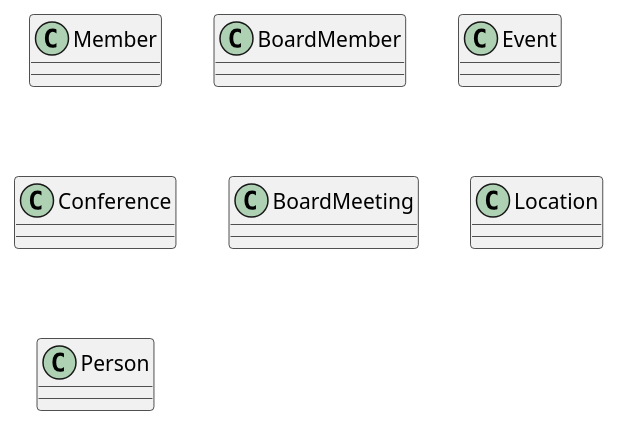
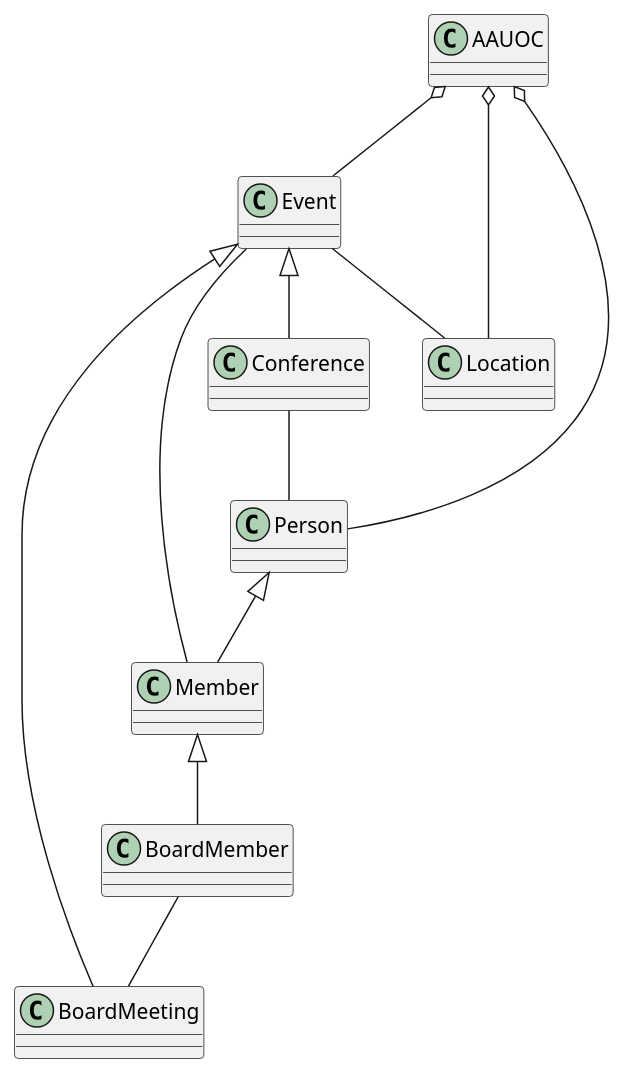
The diagram in src/Test.puml (frariqsan/UMLClasesFranciscoJavier), drawn with PlantUML before and after one commit.

Commit message:
ADD: Relations

```diff
--- a/src/Test.puml
+++ b/src/Test.puml
@@ -1,9 +1,21 @@
 @startuml
-class Member{}
-class BoardMember{}
-class Event{}
-class Conference{}
-class BoardMeeting{}
-class Location{}
-class Person{}
+class Member
+class BoardMember
+class Event
+class Conference
+class BoardMeeting
+class Location
+class Person
+class AAUOC
+Event <|-- Conference
+Event <|-- BoardMeeting
+Person <|-- Member
+Member <|-- BoardMember
+AAUOC o-- Person
+AAUOC o-- Event
+AAUOC o-- Location
+Event -- Location
+Event -- Member
+BoardMember -- BoardMeeting
+Conference -- Person
 @enduml
```
